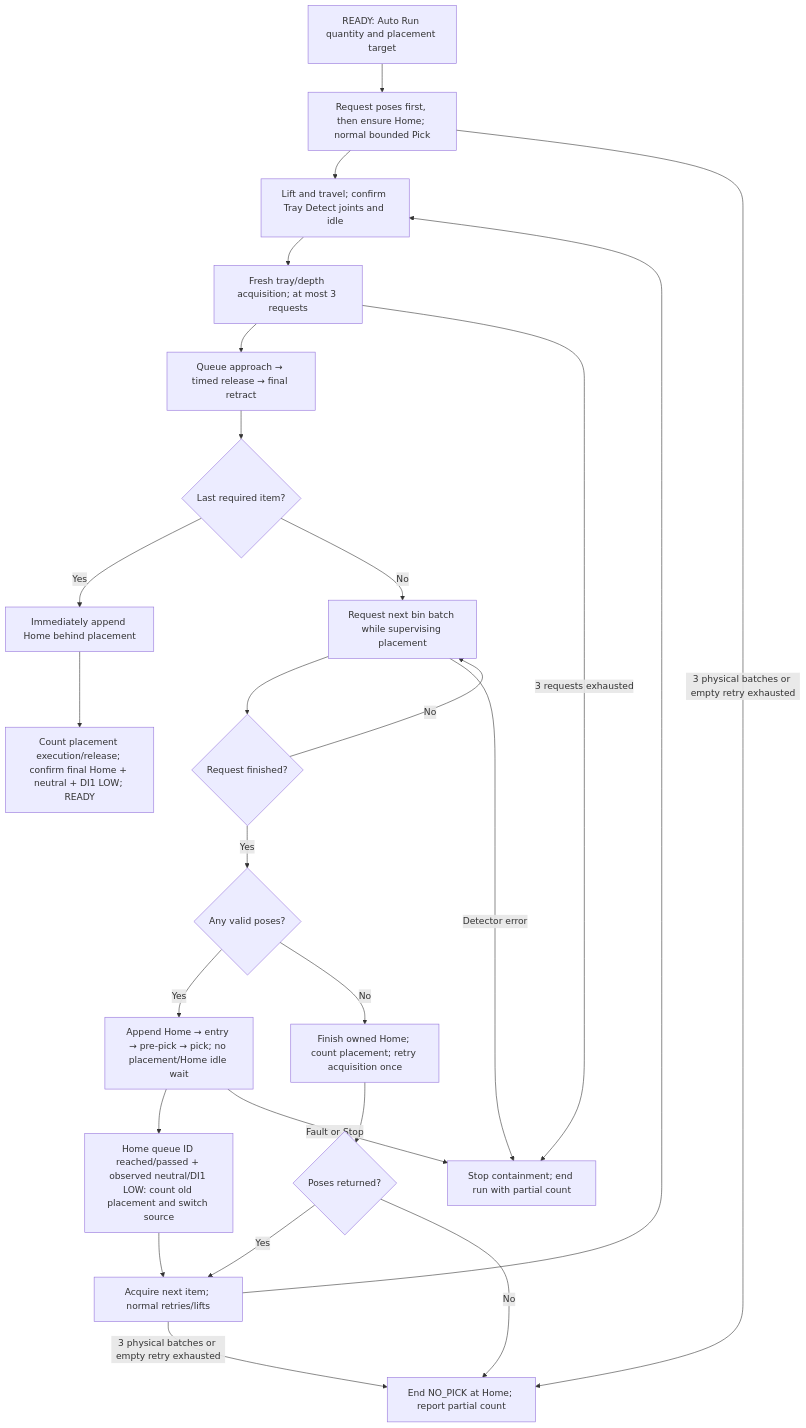
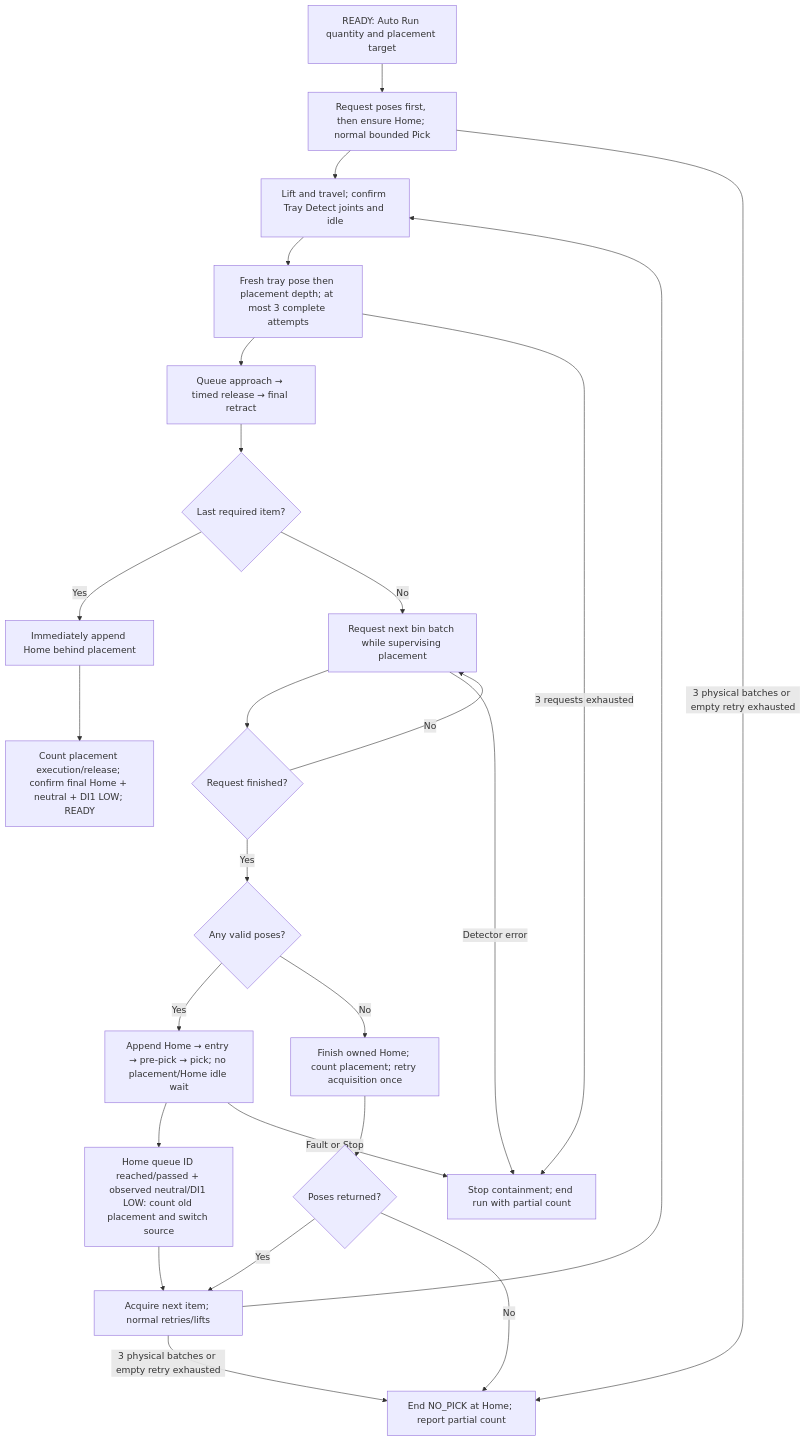
One commit to esgange/dobot_picknplace_yolo changed the sixth of 9 diagrams in docs/ROBOT_CONTROLLER_FSM.md. Above: the diagram before and after it, drawn with Mermaid. The commit also changed other lines of this file and 6 other files, not shown here.

Commit message:
Verify complete tray pose and placement depth retries

````diff
--- a/docs/ROBOT_CONTROLLER_FSM.md
+++ b/docs/ROBOT_CONTROLLER_FSM.md
@@ -733,27 +733,27 @@
 ```mermaid
 flowchart TD
     Start["READY: Auto Run quantity and placement target"] --> Pick["Request poses first, then ensure Home; normal bounded Pick"]
     Pick --> Tray["Lift and travel; confirm Tray Detect joints and idle"]
-    Tray --> Observe["Fresh tray/depth acquisition; at most 3 requests"]
+    Tray --> Observe["Fresh tray pose then placement depth; at most 3 complete attempts"]
     Observe --> Place["Queue approach → timed release → final retract"]
     Place --> Last{"Last required item?"}
     Last -->|Yes| Home["Immediately append Home behind placement"]
     Home --> Done["Count placement execution/release; confirm final Home + neutral + DI1 LOW; READY"]
     Last -->|No| Prefetch["Request next bin batch while supervising placement"]
     Prefetch --> Ready{"Request finished?"}
     Ready -->|No| Prefetch
     Ready -->|Yes| Poses{"Any valid poses?"}
     Poses -->|Yes| Append["Append Home → entry → pre-pick → pick; no placement/Home idle wait"]
     Poses -->|No| RetryHome["Finish owned Home; count placement; retry acquisition once"]
     RetryHome --> Retried{"Poses returned?"}
     Retried -->|Yes| Next
     Retried -->|No| Empty
     Append --> Boundary["Home queue ID reached/passed + observed neutral/DI1 LOW: count old placement and switch source"]
     Boundary --> Next["Acquire next item; normal retries/lifts"]
     Next --> Tray
     Pick -->|3 physical batches or empty retry exhausted| Empty["End NO_PICK at Home; report partial count"]
     Next -->|3 physical batches or empty retry exhausted| Empty
     Observe -->|3 requests exhausted| Fail["Stop containment; end run with partial count"]
     Prefetch -->|Detector error| Fail
     Append -->|Fault or Stop| Fail
 ```
````
